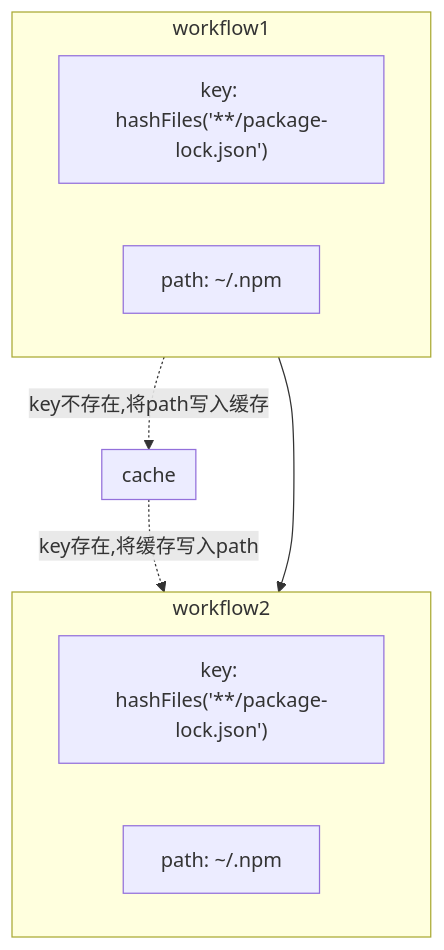
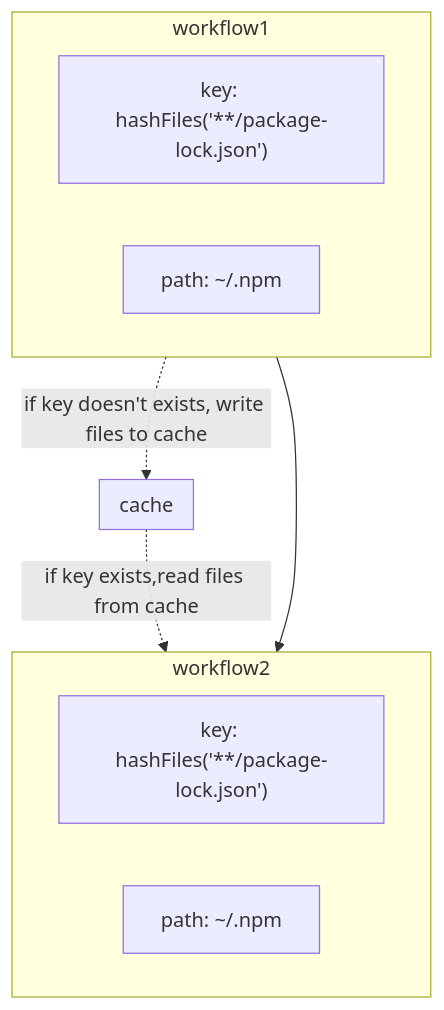
Before and after one commit to DevecorSoft/blog: the second of 2 diagrams in cn/devecor/blog/notes-github-actions.md, drawn with Mermaid. The commit also changed other lines of this file, not shown here.

````diff
--- a/cn/devecor/blog/notes-github-actions.md
+++ b/cn/devecor/blog/notes-github-actions.md
@@ -96,16 +96,16 @@
 ```mermaid
 flowchart TB
   subgraph workflow1
     __key1__["key: hashFiles('**/package-lock.json')"]
     __path1__["path: ~/.npm"]
   end
   subgraph workflow2
     __key2__["key: hashFiles('**/package-lock.json')"]
     __path2__["path: ~/.npm"]
   end
   subgraph cache
   end
 
-  workflow1 -.key不存在,将path写入缓存.-> cache -.key存在,将缓存写入path.-> workflow2
+  workflow1 -.if key doesn't exists, write files to cache.-> cache -.if key exists,read files from cache.-> workflow2
   workflow1 --> workflow2
 ```
````
